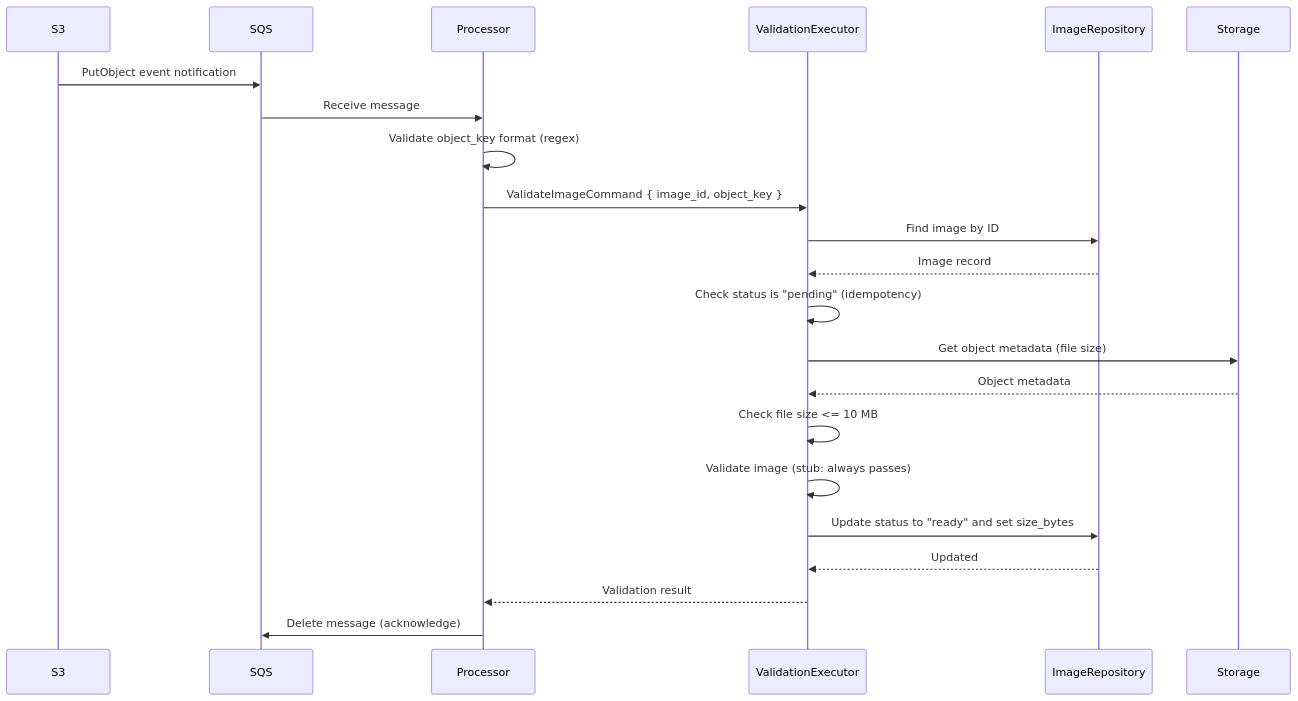
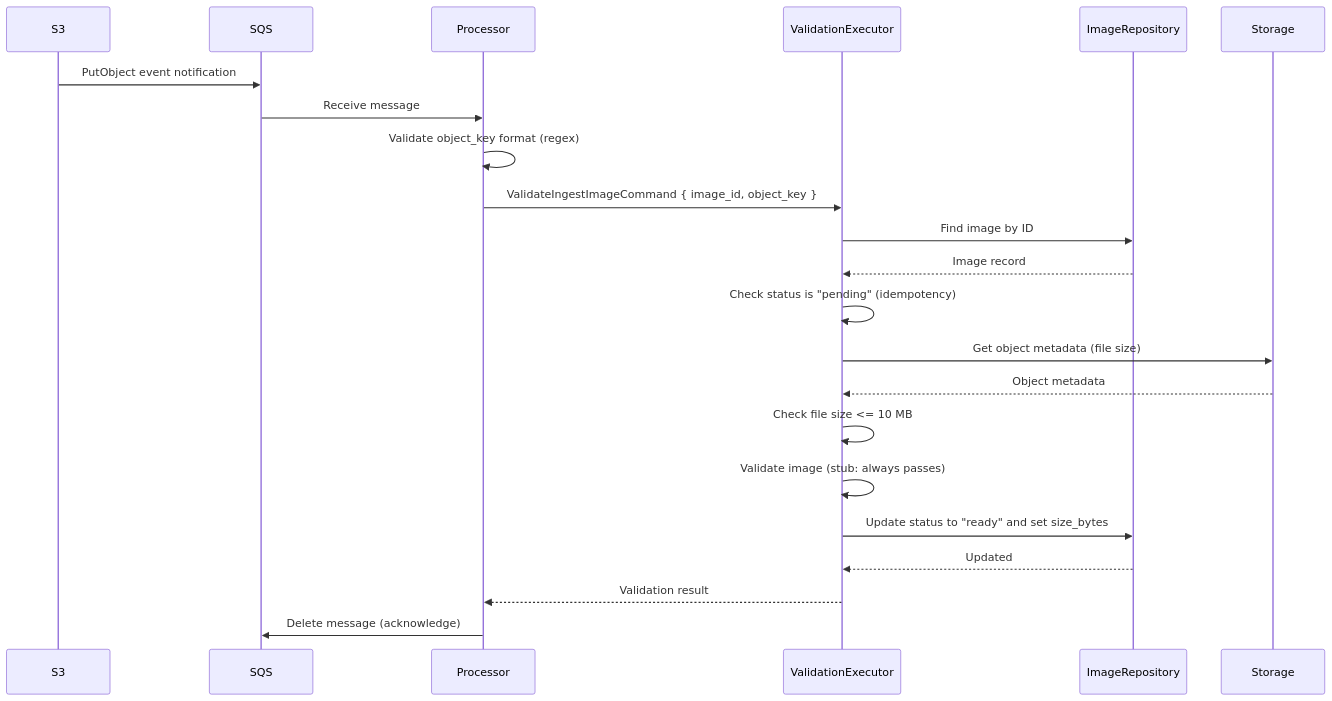
The third of 3 diagrams in docs/proposals/0001_image_management/PRD.md (PeppyDays/media), drawn with Mermaid before and after one commit. The commit also changed other lines of this file and 6 other files, not shown here.

````diff
--- a/docs/proposals/0001_image_management/PRD.md
+++ b/docs/proposals/0001_image_management/PRD.md
@@ -253,25 +253,25 @@
 ```mermaid
 sequenceDiagram
     participant S3
     participant SQS
     participant Processor
     participant ValidationExecutor
     participant ImageRepository
     participant Storage
 
     S3->>SQS: PutObject event notification
     SQS->>Processor: Receive message
     Processor->>Processor: Validate object_key format (regex)
-    Processor->>ValidationExecutor: ValidateImageCommand { image_id, object_key }
+    Processor->>ValidationExecutor: ValidateIngestImageCommand { image_id, object_key }
     ValidationExecutor->>ImageRepository: Find image by ID
     ImageRepository-->>ValidationExecutor: Image record
     ValidationExecutor->>ValidationExecutor: Check status is "pending" (idempotency)
     ValidationExecutor->>Storage: Get object metadata (file size)
     Storage-->>ValidationExecutor: Object metadata
     ValidationExecutor->>ValidationExecutor: Check file size <= 10 MB
     ValidationExecutor->>ValidationExecutor: Validate image (stub: always passes)
     ValidationExecutor->>ImageRepository: Update status to "ready" and set size_bytes
     ImageRepository-->>ValidationExecutor: Updated
     ValidationExecutor-->>Processor: Validation result
     Processor->>SQS: Delete message (acknowledge)
 ```
````
